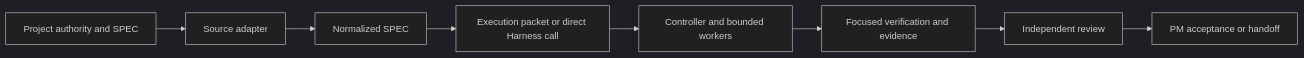
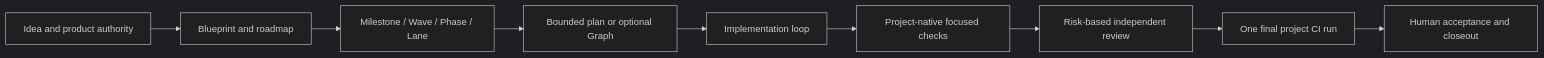
One commit to JoeKeepGo/SAGE-Kit changed the diagram in README.md. Above: the diagram before and after it, drawn with Mermaid (dark theme). The commit also changed other lines of this file and 304 other files, not shown here.

````diff
--- a/README.md
+++ b/README.md
@@ -39,10 +20,11 @@
 ```mermaid
 flowchart LR
-  A["Project authority and SPEC"] --> B["Source adapter"]
-  B --> C["Normalized SPEC"]
-  C --> D["Execution packet or direct Harness call"]
-  D --> E["Controller and bounded workers"]
-  E --> F["Focused verification and evidence"]
-  F --> G["Independent review"]
-  G --> H["PM acceptance or handoff"]
+  A["Idea and product authority"] --> B["Blueprint and roadmap"]
+  B --> C["Milestone / Wave / Phase / Lane"]
+  C --> D["Bounded plan or optional Graph"]
+  D --> E["Implementation loop"]
+  E --> F["Project-native focused checks"]
+  F --> G["Risk-based independent review"]
+  G --> H["One final project CI run"]
+  H --> I["Human acceptance and closeout"]
 ```
````
